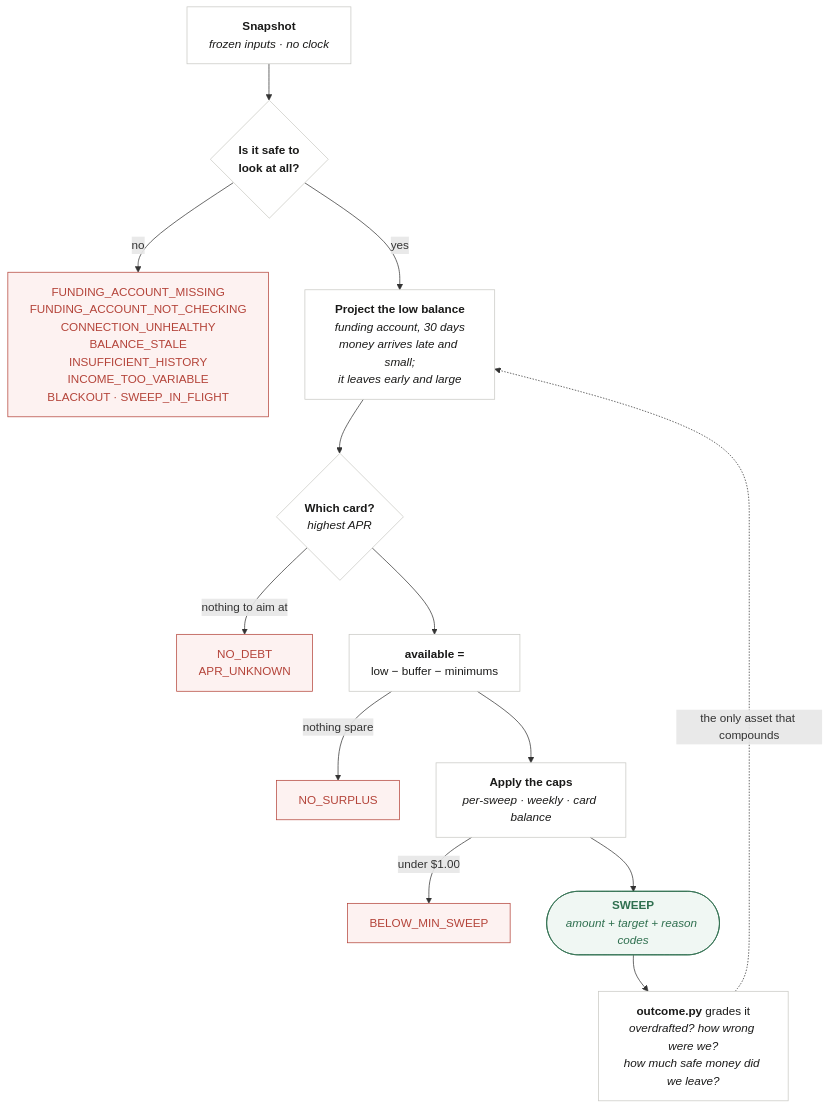
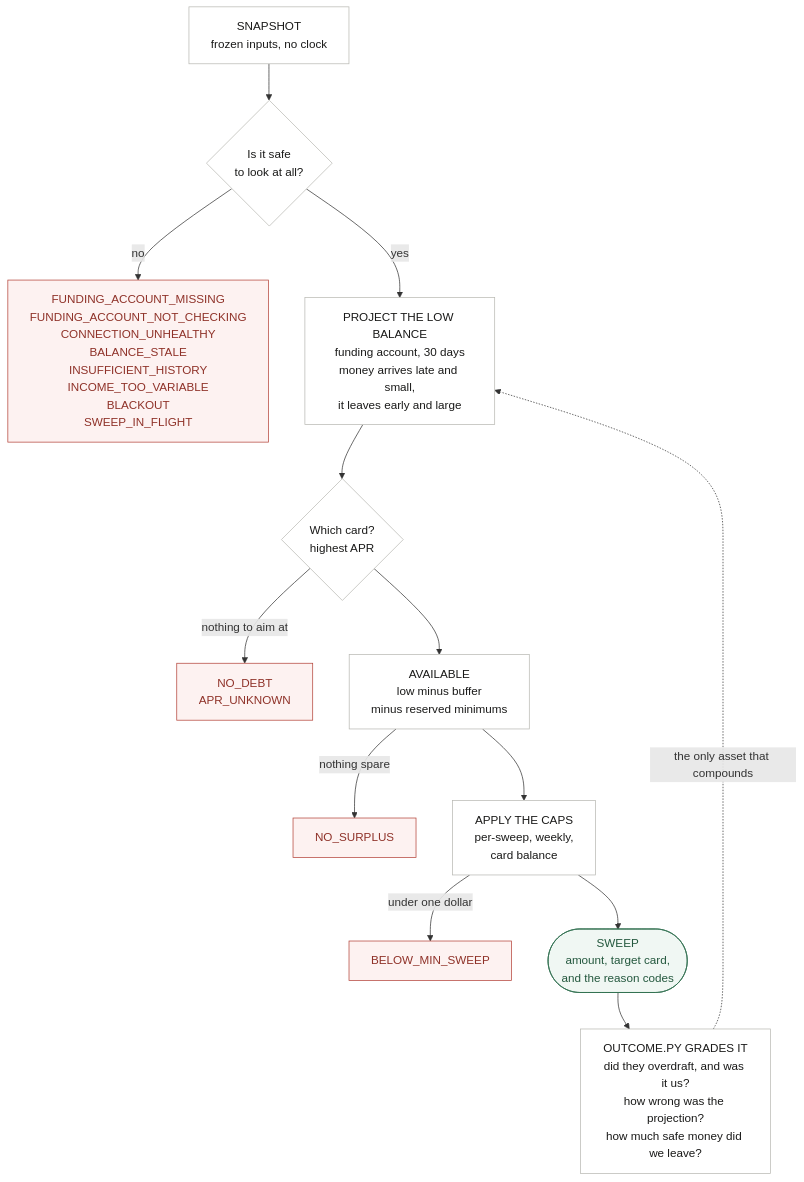
Before and after one commit to jwolberg/cfo-ai: the diagram in README.md, drawn with Mermaid.

Commit message:
docs: de-risk the Mermaid diagram — drop <b>/<i> from node labels
Mermaid only honours <b>/<i> when HTML labels are on, and GitHub sanitizes
Mermaid input, so they can render locally (mermaid-cli did) and degrade to
literal tag text on GitHub. <br/> is the one construct GitHub documents.

Labels now use plain text and caps for hierarchy. No HTML tags remain.
Re-rendered to confirm.

Claude-Session: https://claude.ai/code/session_01JKdn64L31XbGPPXTUNbQGH

````diff
--- a/README.md
+++ b/README.md
@@ -23,29 +23,29 @@
 ```mermaid
 flowchart TD
-    S["<b>Snapshot</b><br/><i>frozen inputs · no clock</i>"] --> G{"<b>Is it safe to<br/>look at all?</b>"}
+    S["SNAPSHOT<br/>frozen inputs, no clock"] --> G{"Is it safe<br/>to look at all?"}
 
-    G -->|no| R1["FUNDING_ACCOUNT_MISSING<br/>FUNDING_ACCOUNT_NOT_CHECKING<br/>CONNECTION_UNHEALTHY<br/>BALANCE_STALE<br/>INSUFFICIENT_HISTORY<br/>INCOME_TOO_VARIABLE<br/>BLACKOUT · SWEEP_IN_FLIGHT"]
+    G -->|no| R1["FUNDING_ACCOUNT_MISSING<br/>FUNDING_ACCOUNT_NOT_CHECKING<br/>CONNECTION_UNHEALTHY<br/>BALANCE_STALE<br/>INSUFFICIENT_HISTORY<br/>INCOME_TOO_VARIABLE<br/>BLACKOUT<br/>SWEEP_IN_FLIGHT"]
 
-    G -->|yes| F["<b>Project the low balance</b><br/><i>funding account, 30 days</i><br/><i>money arrives late and small;</i><br/><i>it leaves early and large</i>"]
+    G -->|yes| F["PROJECT THE LOW BALANCE<br/>funding account, 30 days<br/>money arrives late and small,<br/>it leaves early and large"]
 
-    F --> T{"<b>Which card?</b><br/><i>highest APR</i>"}
-    T -->|"nothing to aim at"| R2["NO_DEBT<br/>APR_UNKNOWN"]
+    F --> T{"Which card?<br/>highest APR"}
+    T -->|nothing to aim at| R2["NO_DEBT<br/>APR_UNKNOWN"]
 
-    T --> A["<b>available =</b><br/>low − buffer − minimums"]
-    A -->|"nothing spare"| R3["NO_SURPLUS"]
+    T --> A["AVAILABLE<br/>low minus buffer<br/>minus reserved minimums"]
+    A -->|nothing spare| R3["NO_SURPLUS"]
 
-    A --> C["<b>Apply the caps</b><br/><i>per-sweep · weekly · card balance</i>"]
-    C -->|"under $1.00"| R4["BELOW_MIN_SWEEP"]
+    A --> C["APPLY THE CAPS<br/>per-sweep, weekly,<br/>card balance"]
+    C -->|under one dollar| R4["BELOW_MIN_SWEEP"]
 
-    C --> W(["<b>SWEEP</b><br/><i>amount + target + reason codes</i>"])
+    C --> W(["SWEEP<br/>amount, target card,<br/>and the reason codes"])
 
-    W --> O["<b>outcome.py</b> grades it<br/><i>overdrafted? how wrong were we?</i><br/><i>how much safe money did we leave?</i>"]
-    O -.->|"the only asset that compounds"| F
+    W --> O["OUTCOME.PY GRADES IT<br/>did they overdraft, and was it us?<br/>how wrong was the projection?<br/>how much safe money did we leave?"]
+    O -.->|the only asset that compounds| F
 
-    classDef stop fill:#fdf2f1,stroke:#b4443a,color:#b4443a;
-    classDef go fill:#f0f7f3,stroke:#2f6f4f,color:#2f6f4f;
-    classDef step fill:#ffffff,stroke:#c9c9c4,color:#1a1a19;
+    classDef stop fill:#fdf2f1,stroke:#b4443a,color:#8f3229;
+    classDef go fill:#f0f7f3,stroke:#2f6f4f,color:#24583e;
+    classDef step fill:#ffffff,stroke:#b9b9b3,color:#1a1a19;
     class R1,R2,R3,R4 stop;
     class W go;
     class S,G,F,T,A,C,O step;
 ```
````
